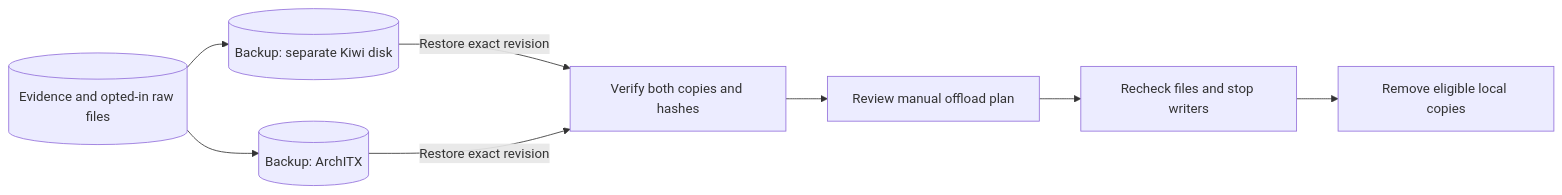
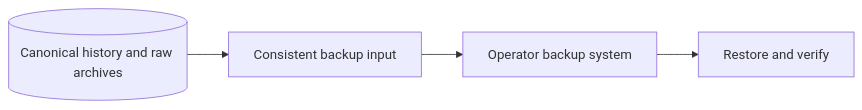
One commit to chrisae9/session-search changed the fourth of 4 diagrams in docs/architecture.md. Above: the diagram before and after it, drawn with Mermaid. The commit also changed other lines of this file and 15 other files, not shown here.

Commit message:
Use generic architecture and operator-owned backups

````diff
--- a/docs/architecture.md
+++ b/docs/architecture.md
@@ -72,10 +77,6 @@
 ```mermaid
 flowchart LR
-    evidence[("Evidence and opted-in raw files")] --> backupA[("Backup: separate Kiwi disk")]
-    evidence --> backupB[("Backup: ArchITX")]
-    backupA -->|"Restore exact revision"| verify["Verify both copies and hashes"]
-    backupB -->|"Restore exact revision"| verify
-    verify --> plan["Review manual offload plan"]
-    plan --> check["Recheck files and stop writers"]
-    check --> remove["Remove eligible local copies"]
+    history[("Canonical history and raw archives")] --> consistent["Consistent backup input"]
+    consistent --> backup["Operator backup system"]
+    backup --> restore["Restore and verify"]
 ```
````
